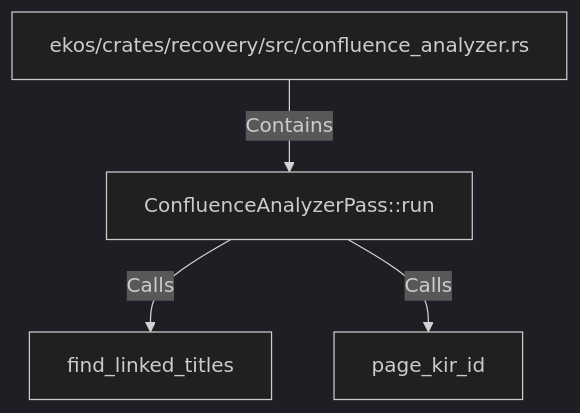
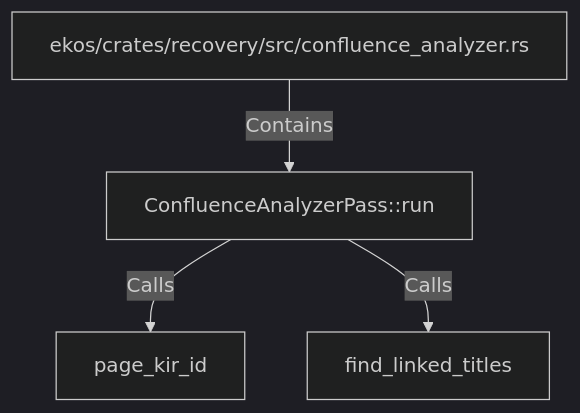
Before and after one commit to alexeyban/EKOS: the diagram in doc/entities/rustsymbol/co/confluenceanalyzerpass-run.md, drawn with Mermaid (dark theme). The commit also changed other lines of this file and 552 other files, not shown here.

````diff
--- a/doc/entities/rustsymbol/co/confluenceanalyzerpass-run.md
+++ b/doc/entities/rustsymbol/co/confluenceanalyzerpass-run.md
@@ -22,10 +22,10 @@
 ```mermaid
 graph TD
     n7079f27d7ef3582d8cfac696ab54fdc1["ConfluenceAnalyzerPass::run"]
     nd1b7d840ae825a26b38106fb944d4e3c["ekos/crates/recovery/src/confluence_analyzer.rs"]
     nd1b7d840ae825a26b38106fb944d4e3c -->|Contains| n7079f27d7ef3582d8cfac696ab54fdc1
+    n1d9e83b8ef1a5452b0522e7be1fa2877["page_kir_id"]
+    n7079f27d7ef3582d8cfac696ab54fdc1 -->|Calls| n1d9e83b8ef1a5452b0522e7be1fa2877
     naddac786859752598bf278f31115f76e["find_linked_titles"]
     n7079f27d7ef3582d8cfac696ab54fdc1 -->|Calls| naddac786859752598bf278f31115f76e
-    n1d9e83b8ef1a5452b0522e7be1fa2877["page_kir_id"]
-    n7079f27d7ef3582d8cfac696ab54fdc1 -->|Calls| n1d9e83b8ef1a5452b0522e7be1fa2877
 ```
````
